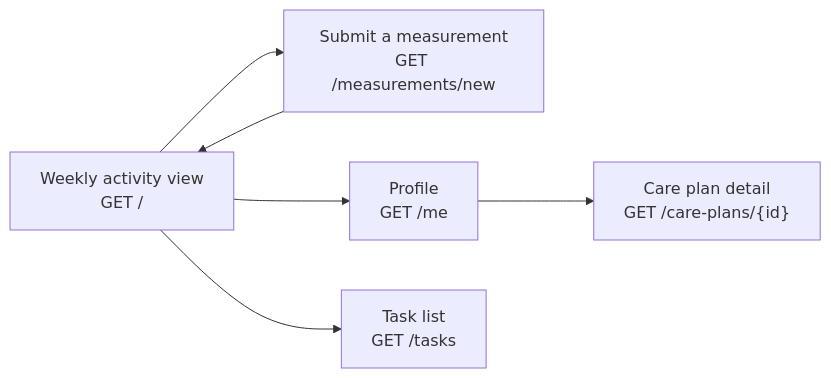
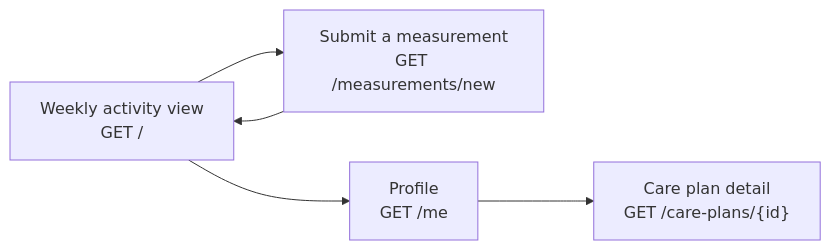
Before and after one commit to fut-infrastructure/ehealth-reference-clients: the second of 2 diagrams in docs/user-guide.md, drawn with Mermaid. The commit also changed other lines of this file and 41 other files, not shown here.

Commit message:
feat: replace citizen task list with platform-created tasks and group clinician tasks by care plan

````diff
--- a/docs/user-guide.md
+++ b/docs/user-guide.md
@@ -50,8 +49,7 @@
 ```mermaid
 flowchart LR
     Weekly["Weekly activity view\nGET /"] --> Submit["Submit a measurement\nGET /measurements/new"]
     Submit --> Weekly
     Weekly --> Profile["Profile\nGET /me"]
     Profile --> CarePlanDetail["Care plan detail\nGET /care-plans/{id}"]
-    Weekly --> Tasks["Task list\nGET /tasks"]
 ```
````
